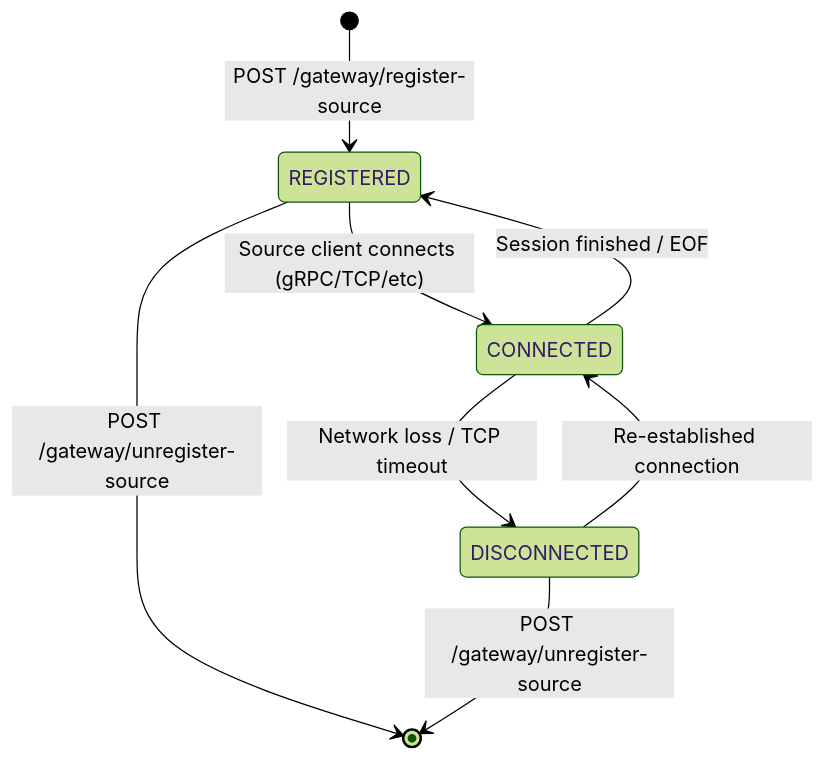
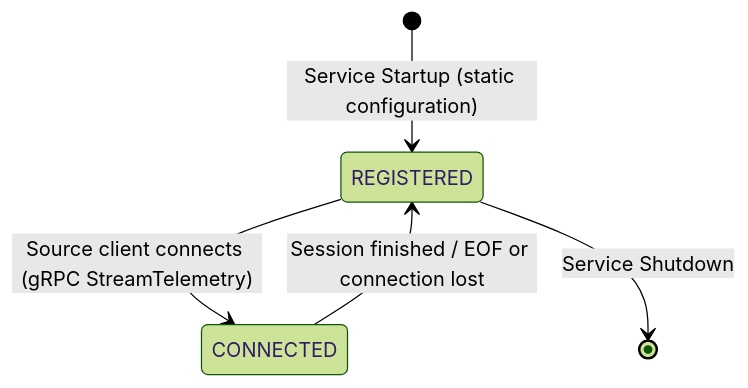
Before and after one commit to YashuFX/DATS_Processing: the first of 3 diagrams in telemetry-gateway/docs/05_StateMachine.md, drawn with Mermaid (forest theme). The commit also changed other lines of this file and 39 other files, not shown here.

Commit message:
feat: implement mission-identification-service to route and enrich telemetry packets via rule-based registry and update related documentation

````diff
--- a/telemetry-gateway/docs/05_StateMachine.md
+++ b/telemetry-gateway/docs/05_StateMachine.md
@@ -16,10 +16,7 @@
 ```mermaid
 stateDiagram-v2
-    [*] --> REGISTERED : POST /gateway/register-source
-    REGISTERED --> CONNECTED : Source client connects (gRPC/TCP/etc)
-    CONNECTED --> DISCONNECTED : Network loss / TCP timeout
-    DISCONNECTED --> CONNECTED : Re-established connection
-    CONNECTED --> REGISTERED : Session finished / EOF
-    REGISTERED --> [*] : POST /gateway/unregister-source
-    DISCONNECTED --> [*] : POST /gateway/unregister-source
+    [*] --> REGISTERED : Service Startup (static configuration)
+    REGISTERED --> CONNECTED : Source client connects (gRPC StreamTelemetry)
+    CONNECTED --> REGISTERED : Session finished / EOF or connection lost
+    REGISTERED --> [*] : Service Shutdown
 ```
````
